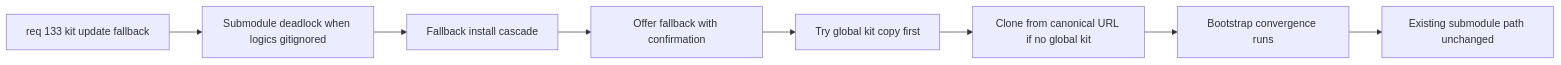
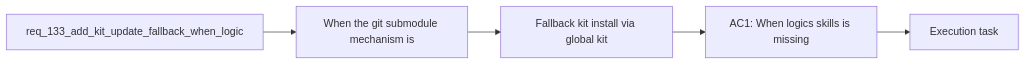
Before and after one commit to AlexAgo83/logics-manager: the diagram in logics/backlog/item_255_fallback_kit_install_via_global_kit_copy_or_direct_clone_when_submodule_is_unavailable.md, drawn with Mermaid. The commit also changed 481 other files, not shown here.

````diff
--- a/logics/backlog/item_255_fallback_kit_install_via_global_kit_copy_or_direct_clone_when_submodule_is_unavailable.md
+++ b/logics/backlog/item_255_fallback_kit_install_via_global_kit_copy_or_direct_clone_when_submodule_is_unavailable.md
@@ -20,12 +20,9 @@
 ```mermaid
 %% logics-kind: backlog
 %% logics-signature: backlog|fallback-kit-install-via-global-kit-copy|req-133-add-kit-update-fallback-when-log|when-the-git-submodule-mechanism-is|ac1-when-logics-skills-is-missing
 flowchart LR
-    Request[req 133 kit update fallback] --> Problem[Submodule deadlock when logics gitignored]
-    Problem --> Scope[Fallback install cascade]
-    Scope --> AC1[Offer fallback with confirmation]
-    AC1 --> AC2[Try global kit copy first]
-    AC2 --> AC3[Clone from canonical URL if no global kit]
-    AC3 --> AC4[Bootstrap convergence runs]
-    AC4 --> AC5[Existing submodule path unchanged]
+    Request[req_133_add_kit_update_fallback_when_logic] --> Problem[When the git submodule mechanism is]
+    Problem --> Scope[Fallback kit install via global kit]
+    Scope --> Acceptance[AC1: When logics skills is missing]
+    Acceptance --> Tasks[Execution task]
 ```
````
